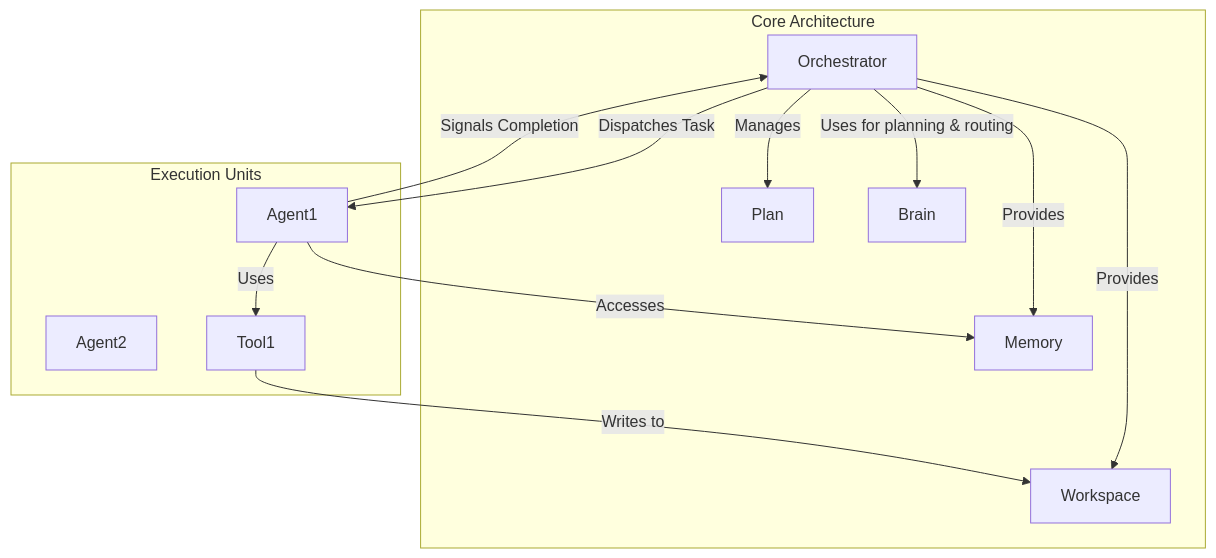
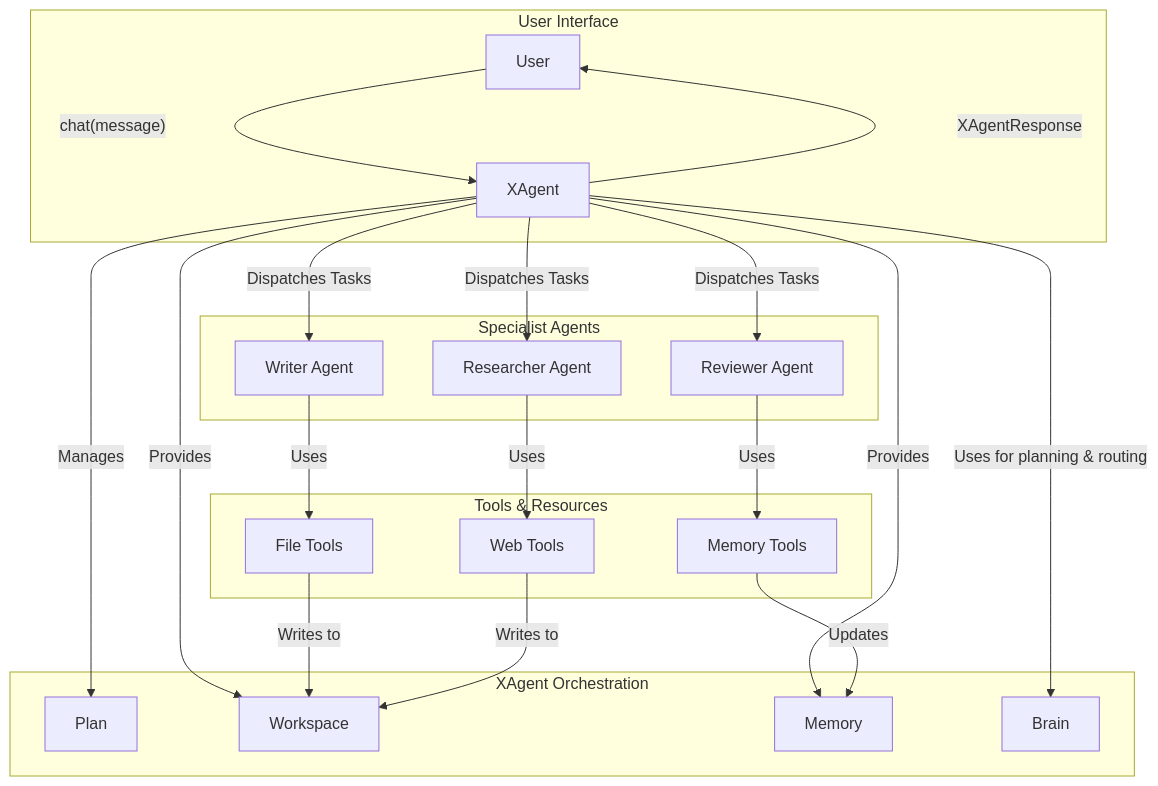
The diagram in docs/content/docs/design/orchestration.mdx (dustland/agentx), drawn with Mermaid before and after one commit. The commit also changed other lines of this file and 8 other files, not shown here.

First line of the commit message:
feat: Implement XAgent - unified conversational interface

````diff
--- a/docs/content/docs/design/orchestration.mdx
+++ b/docs/content/docs/design/orchestration.mdx
@@ -20,22 +20,36 @@
 ```mermaid
 graph TD
-    subgraph "Core Architecture"
-        Orchestrator -- Manages --> Plan
-        Orchestrator -- Provides --> Workspace
-        Orchestrator -- Provides --> Memory
-        Orchestrator -- "Uses for planning & routing" --> Brain
+    subgraph "User Interface"
+        User -- "chat(message)" --> XAgent
+        XAgent -- "XAgentResponse" --> User
     end
 
-    subgraph "Execution Units"
-        Agent1
-        Agent2
-        Tool1
+    subgraph "XAgent Orchestration"
+        XAgent -- "Manages" --> Plan
+        XAgent -- "Provides" --> Workspace
+        XAgent -- "Provides" --> Memory
+        XAgent -- "Uses for planning & routing" --> Brain
     end
 
-    Orchestrator -- "Dispatches Task" --> Agent1
-    Agent1 -- "Uses" --> Tool1
+    subgraph "Specialist Agents"
+        SpecialistAgent1["Writer Agent"]
+        SpecialistAgent2["Researcher Agent"]
+        SpecialistAgent3["Reviewer Agent"]
+    end
+
+    subgraph "Tools & Resources"
+        Tool1["File Tools"]
+        Tool2["Web Tools"]
+        Tool3["Memory Tools"]
+    end
+
+    XAgent -- "Dispatches Tasks" --> SpecialistAgent1
+    XAgent -- "Dispatches Tasks" --> SpecialistAgent2
+    XAgent -- "Dispatches Tasks" --> SpecialistAgent3
+    SpecialistAgent1 -- "Uses" --> Tool1
+    SpecialistAgent2 -- "Uses" --> Tool2
+    SpecialistAgent3 -- "Uses" --> Tool3
     Tool1 -- "Writes to" --> Workspace
-    Agent1 -- "Accesses" --> Memory
-    Agent1 -- "Signals Completion" --> Orchestrator
-
+    Tool2 -- "Writes to" --> Workspace
+    Tool3 -- "Updates" --> Memory
 ```
````
